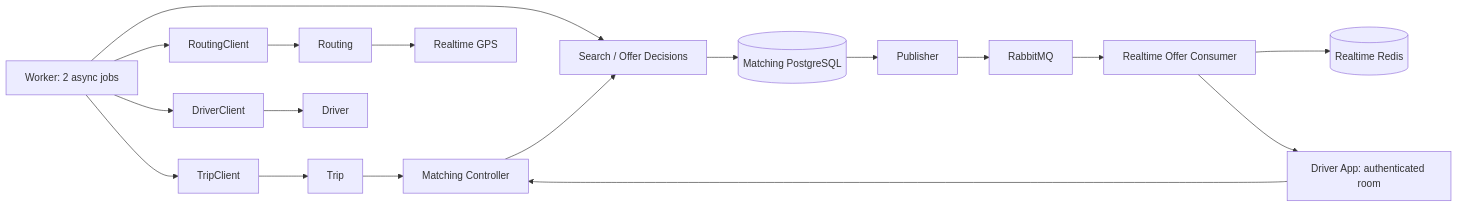
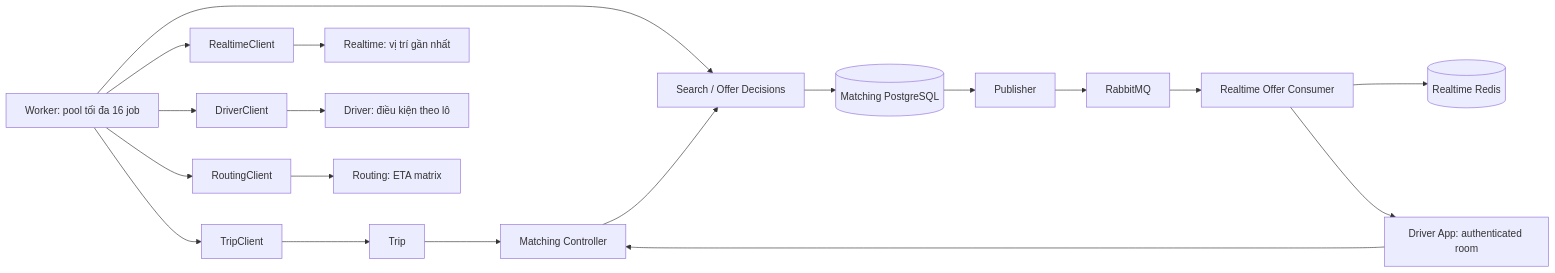
The diagram in service/matching-service/docs/kien-truc.md (fukdinh136/chande), drawn with Mermaid before and after one commit. The commit also changed other lines of this file and 6 other files, not shown here.

First line of the commit message:
docs(matching): candidate search, worker pool, publisher loop, breaker and purge as they work now

````diff
--- a/service/matching-service/docs/kien-truc.md
+++ b/service/matching-service/docs/kien-truc.md
@@ -9,14 +9,15 @@
 ```mermaid
 flowchart LR
   Trip --> Controller[Matching Controller]
   Controller --> Decisions[Search / Offer Decisions]
   Decisions --> DB[(Matching PostgreSQL)]
-  Worker[Worker: 2 async jobs] --> Decisions
-  Worker --> RoutingClient --> Routing --> RealtimeGPS[Realtime GPS]
-  Worker --> DriverClient --> Driver
+  Worker[Worker: pool tối đa 16 job] --> Decisions
+  Worker --> RealtimeClient --> Realtime[Realtime: vị trí gần nhất]
+  Worker --> DriverClient --> Driver[Driver: điều kiện theo lô]
+  Worker --> RoutingClient --> Routing[Routing: ETA matrix]
   Worker --> TripClient --> Trip
   DB --> Publisher --> RabbitMQ --> Consumer[Realtime Offer Consumer]
   Consumer --> Redis[(Realtime Redis)]
   Consumer --> DriverApp[Driver App: authenticated room]
   DriverApp --> Controller
 ```
````
